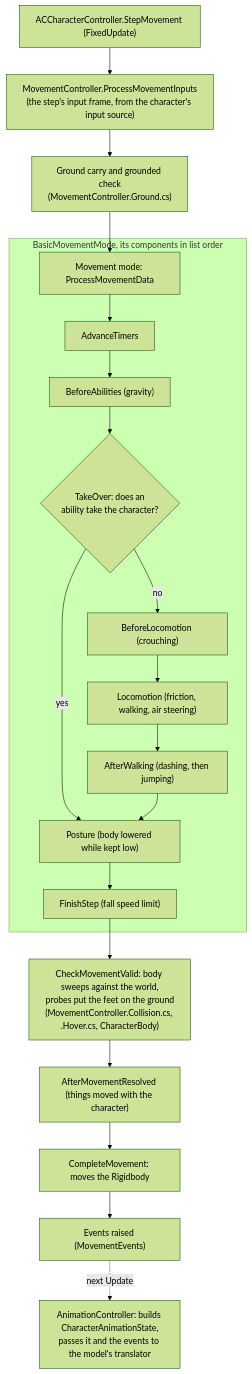
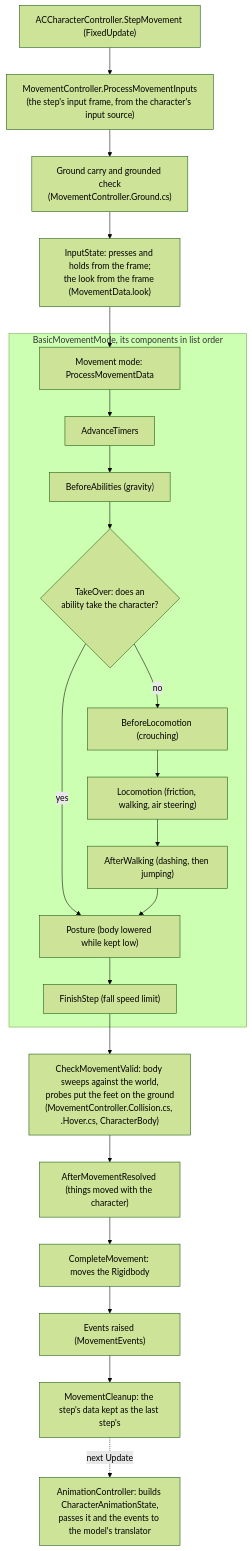
The first of 2 diagrams in docs/architecture.md (HOMMUSVAMPIRE/Character-Showcase), drawn with Mermaid (forest theme) before and after one commit. The commit also changed other lines of this file and 101 other files, not shown here.

````diff
--- a/docs/architecture.md
+++ b/docs/architecture.md
@@ -15,22 +22,24 @@
 ```mermaid
 flowchart TD
     A["ACCharacterController.StepMovement (FixedUpdate)"] --> B["MovementController.ProcessMovementInputs<br/>(the step's input frame, from the character's input source)"]
     B --> C["Ground carry and grounded check<br/>(MovementController.Ground.cs)"]
-    C --> D["Movement mode: ProcessMovementData"]
+    C --> C2["InputState: presses and holds from the frame;<br/>the look from the frame (MovementData.look)"]
+    C2 --> D["Movement mode: ProcessMovementData"]
     subgraph Mode["BasicMovementMode, its components in list order"]
         D --> D1["AdvanceTimers"]
         D1 --> D2["BeforeAbilities (gravity)"]
         D2 --> D3{"TakeOver: does an<br/>ability take the character?"}
         D3 -- no --> D4["BeforeLocomotion (crouching)"]
         D4 --> D5["Locomotion (friction, walking, air steering)"]
         D5 --> D6["AfterWalking (dashing, then jumping)"]
         D3 -- yes --> D7
         D6 --> D7["Posture (body lowered while kept low)"]
         D7 --> D8["FinishStep (fall speed limit)"]
     end
     D8 --> E["CheckMovementValid: body sweeps against the world,<br/>probes put the feet on the ground<br/>(MovementController.Collision.cs, .Hover.cs, CharacterBody)"]
     E --> F["AfterMovementResolved (things moved with the character)"]
     F --> G["CompleteMovement: moves the Rigidbody"]
     G --> H["Events raised (MovementEvents)"]
-    H -. "next Update" .-> I["AnimationController: builds CharacterAnimationState,<br/>passes it and the events to the model's translator"]
+    H --> H2["MovementCleanup: the step's data kept as the last step's"]
+    H2 -. "next Update" .-> I["AnimationController: builds CharacterAnimationState,<br/>passes it and the events to the model's translator"]
 ```
````
